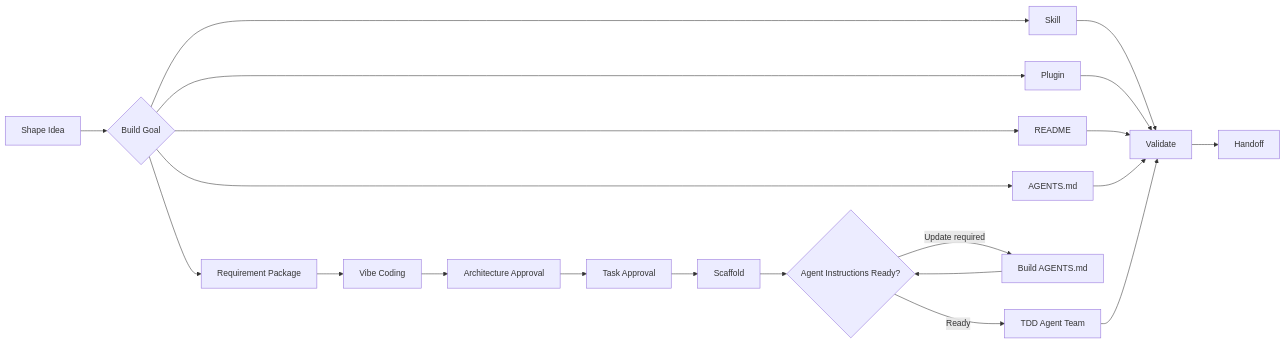
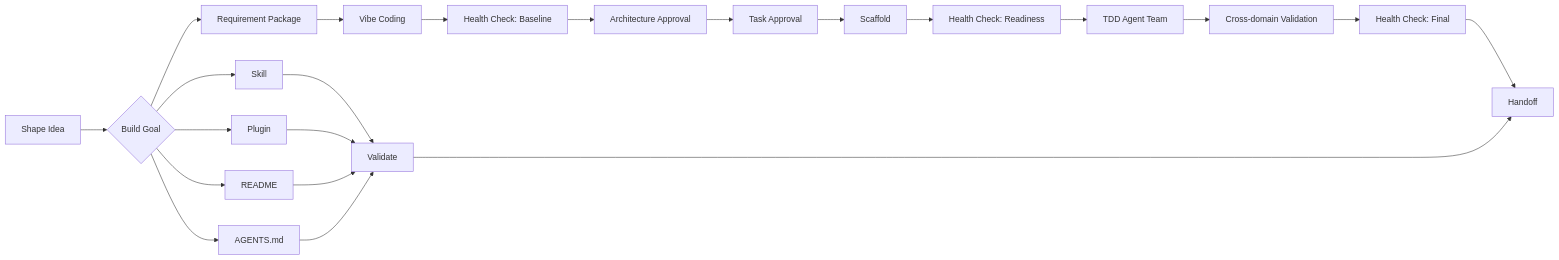
One commit to koco-co/build-goals changed the diagram in README.md. Above: the diagram before and after it, drawn with Mermaid. The commit also changed other lines of this file and 61 other files, not shown here.

Commit message:
feat: add project health check skill

````diff
--- a/README.md
+++ b/README.md
@@ -58,23 +61,24 @@
 ```mermaid
 flowchart LR
     A[Shape Idea] --> B{Build Goal}
     B --> C[Skill]
     B --> D[Plugin]
     B --> E[Requirement Package]
     B --> F[README]
     B --> M[AGENTS.md]
     E --> G[Vibe Coding]
-    G --> H[Architecture Approval]
+    G --> Q[Health Check: Baseline]
+    Q --> H[Architecture Approval]
     H --> I[Task Approval]
     I --> N[Scaffold]
-    N --> O{Agent Instructions Ready?}
-    O -->|Update required| P[Build AGENTS.md]
-    P --> O
-    O -->|Ready| J[TDD Agent Team]
+    N --> R[Health Check: Readiness]
+    R --> J[TDD Agent Team]
+    J --> V[Cross-domain Validation]
+    V --> S[Health Check: Final]
+    S --> L[Handoff]
     C --> K[Validate]
     D --> K
     F --> K
     M --> K
-    J --> K
     K --> L[Handoff]
 ```
````
